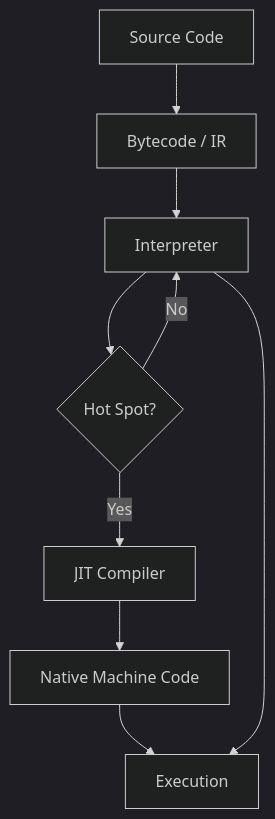
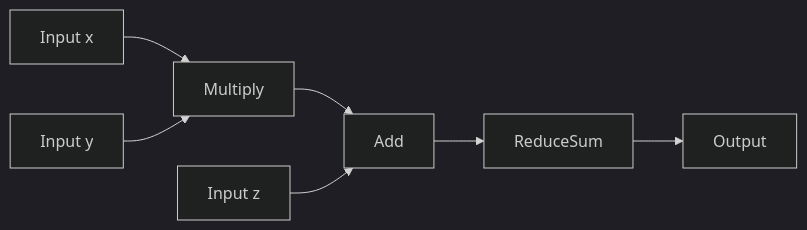
Before and after one commit to aarnphm/aarnphm.github.io: the second of 2 diagrams in content/thoughts/Compiler.md, drawn with Mermaid (dark theme). The commit also changed other lines of this file and 2617 other files, not shown here.

````diff
--- a/content/thoughts/Compiler.md
+++ b/content/thoughts/Compiler.md
@@ -12,11 +455,9 @@
 ```mermaid
-graph TD
-    A[Source Code] --> B[Bytecode / IR]
-    B --> C[Interpreter]
-    C --> D{Hot Spot?}
-    D -->|Yes| E[JIT Compiler]
-    D -->|No| C
-    E --> F[Native Machine Code]
-    F --> G[Execution]
-    C --> G
+graph LR
+    A[Input x] --> D[Multiply]
+    B[Input y] --> D
+    D --> E[Add]
+    C[Input z] --> E
+    E --> F[ReduceSum]
+    F --> G[Output]
 ```
````
